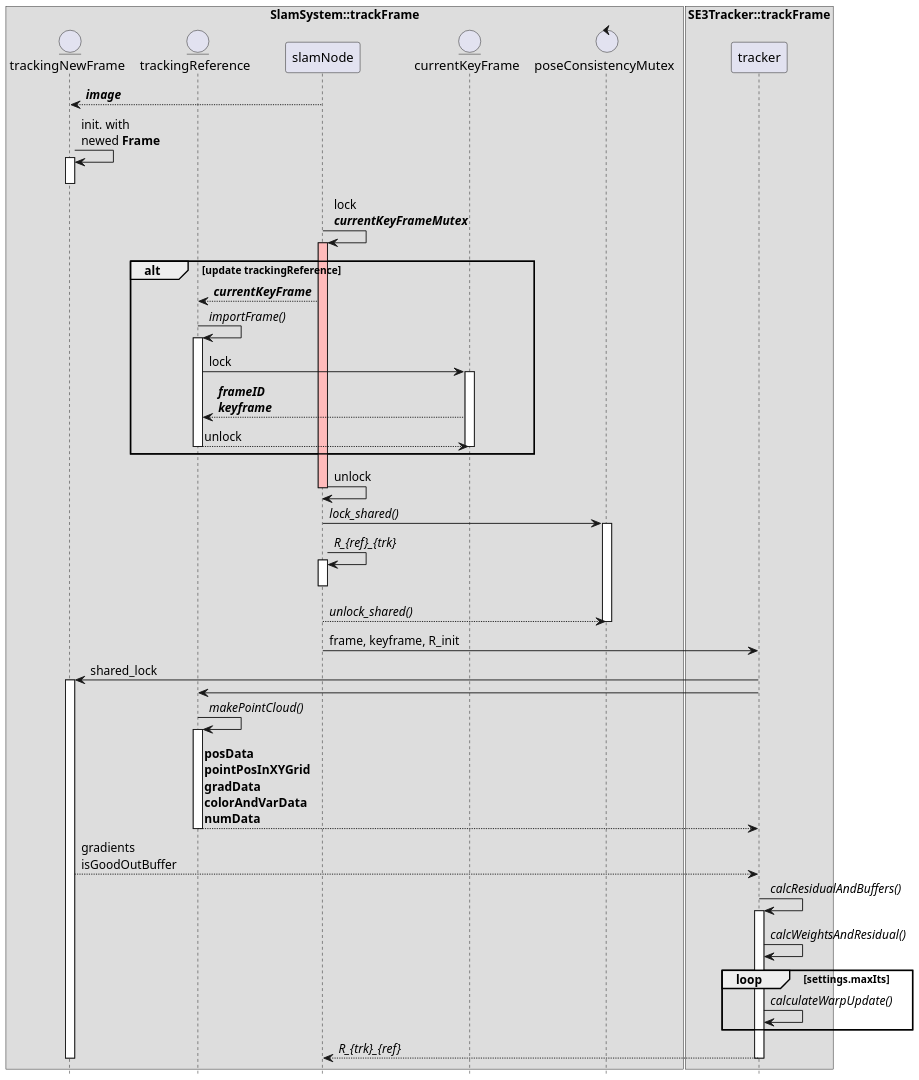
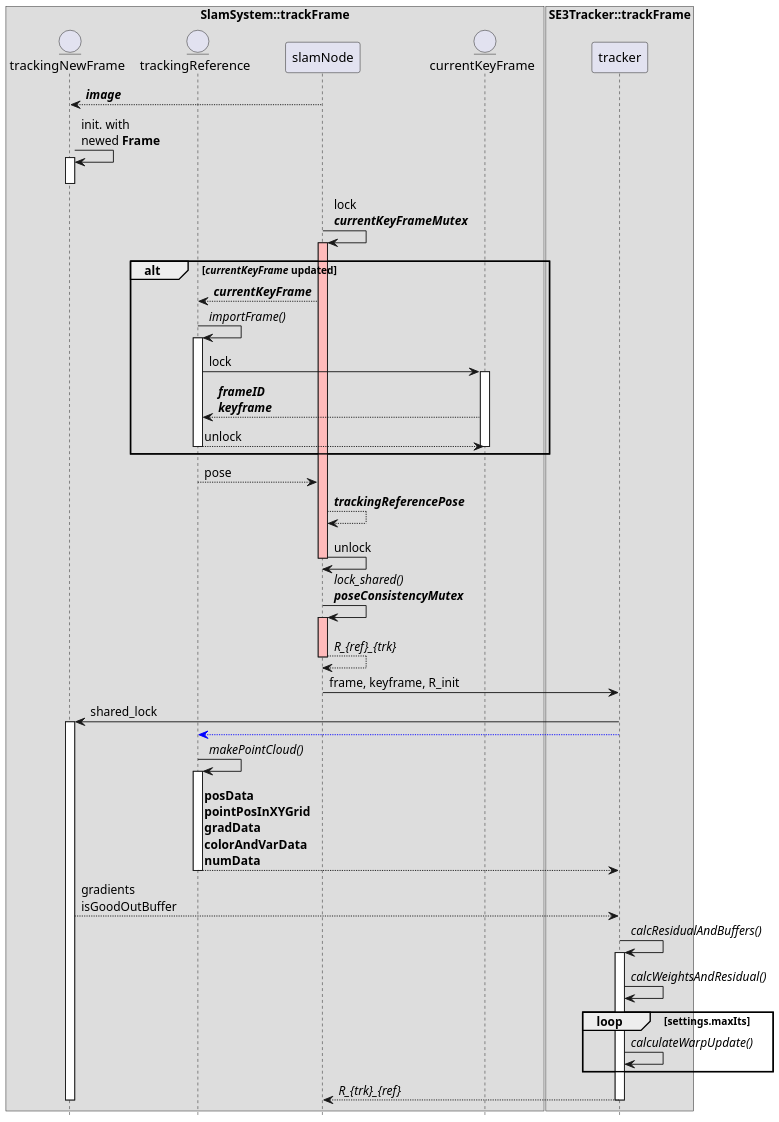
One commit to ziyangli/lsd_slam changed the diagram in lsd_slam_core/diagram/track_frame.puml. Above: the diagram before and after it, drawn with PlantUML. The commit also changed 8 other files, not shown here.

```diff
--- a/lsd_slam_core/diagram/track_frame.puml
+++ b/lsd_slam_core/diagram/track_frame.puml
@@ -1,85 +1,78 @@
 @startuml
 skinparam dpi 150
 hide footbox
 
-control poseConsistencyMutex
 entity trackingNewFrame
 entity trackingReference
 entity currentKeyFrame
 box "SlamSystem::trackFrame"
 participant trackingNewFrame
 participant trackingReference
 participant slamNode
 participant currentKeyFrame
-participant poseConsistencyMutex
 end box
 
 box "SE3Tracker::trackFrame"
 participant tracker
 end box
 
 slamNode --> trackingNewFrame : //**image**//
 
 trackingNewFrame -> trackingNewFrame: init. with\nnewed **Frame**
 activate trackingNewFrame
 deactivate trackingNewFrame
 
 slamNode -> slamNode : lock\n//**currentKeyFrameMutex**//
 activate slamNode #FFBBBB
 
-alt update trackingReference
+alt //**currentKeyFrame**// updated
 slamNode --> trackingReference : //**currentKeyFrame**//
 trackingReference -> trackingReference : //importFrame()//
 activate trackingReference
-
 trackingReference -> currentKeyFrame : lock
 activate currentKeyFrame
 currentKeyFrame --> trackingReference : //**frameID**//\n//**keyframe**//
 trackingReference --> currentKeyFrame : unlock
 deactivate currentKeyFrame
+deactivate trackingReference
+end
 
-deactivate trackingReference
-
-end
+trackingReference --> slamNode : pose
+slamNode --> slamNode : //**trackingReferencePose**//
 
 slamNode -> slamNode : unlock
 deactivate slamNode
 
-slamNode -> poseConsistencyMutex : //lock_shared()//
-activate poseConsistencyMutex
+slamNode -> slamNode : //lock_shared()//\n//**poseConsistencyMutex**//
+activate slamNode #FFBBBB
 
-slamNode -> slamNode : //R_{ref}_{trk}//
-activate slamNode
+slamNode --> slamNode : //R_{ref}_{trk}//
 deactivate slamNode
-
-slamNode --> poseConsistencyMutex : //unlock_shared()//
-
-deactivate poseConsistencyMutex
 
 slamNode -> tracker : frame, keyframe, R_init
 tracker -> trackingNewFrame : shared_lock
 activate trackingNewFrame
 
-tracker -> trackingReference
+tracker -[#0000FF]-> trackingReference
 trackingReference -> trackingReference : //makePointCloud()//
 activate trackingReference
 trackingReference --> tracker: **posData**\n**pointPosInXYGrid**\n**gradData**\n**colorAndVarData**\n**numData**
 deactivate trackingReference
 
 trackingNewFrame --> tracker : gradients\nisGoodOutBuffer
 
 tracker -> tracker : //calcResidualAndBuffers()//
 activate tracker
 tracker -> tracker : //calcWeightsAndResidual()//
 
 loop settings.maxIts
 tracker -> tracker : //calculateWarpUpdate()//
 end
 
 tracker --> slamNode : //R_{trk}_{ref}//
 deactivate tracker
 
 
 deactivate trackingNewFrame
 
 @enduml
```
